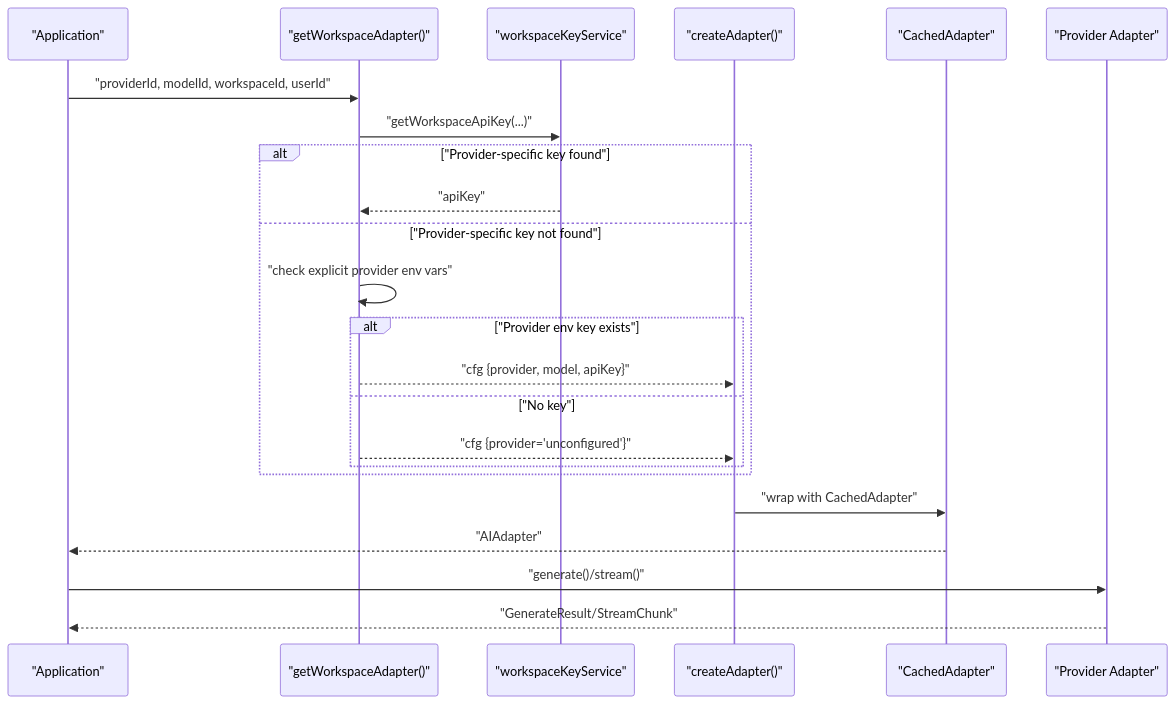
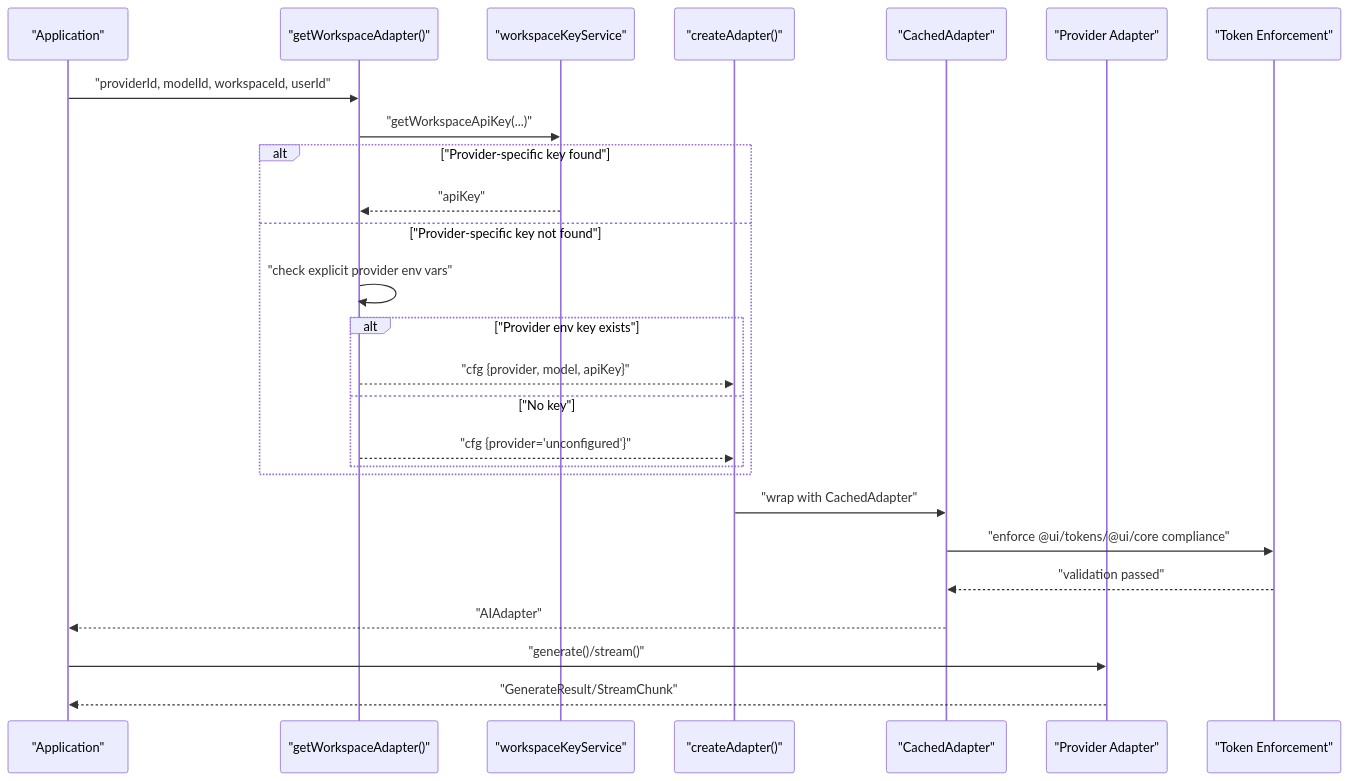
Before and after one commit to shekhargiri005-dotcom/AI-powered-accessibility-first-UI-engine: the second of 9 diagrams in .qoder/repowiki/en/content/Architecture & Design/Layered Architecture/Business Logic Layer/AI Provider Adapter System.md, drawn with Mermaid. The commit also changed other lines of this file and 24 other files, not shown here.

````diff
--- a/.qoder/repowiki/en/content/Architecture & Design/Layered Architecture/Business Logic Layer/AI Provider Adapter System.md
+++ b/.qoder/repowiki/en/content/Architecture & Design/Layered Architecture/Business Logic Layer/AI Provider Adapter System.md
@@ -136,25 +154,28 @@
 ```mermaid
 sequenceDiagram
 participant Caller as "Application"
 participant Factory as "getWorkspaceAdapter()"
 participant Resolver as "workspaceKeyService"
 participant Registry as "createAdapter()"
 participant Cache as "CachedAdapter"
 participant Provider as "Provider Adapter"
+participant TokenRules as "Token Enforcement"
 Caller->>Factory : "providerId, modelId, workspaceId, userId"
 Factory->>Resolver : "getWorkspaceApiKey(...)"
 alt "Provider-specific key found"
 Resolver-->>Factory : "apiKey"
 else "Provider-specific key not found"
 Factory->>Factory : "check explicit provider env vars"
 alt "Provider env key exists"
 Factory-->>Registry : "cfg {provider, model, apiKey}"
 else "No key"
 Factory-->>Registry : "cfg {provider='unconfigured'}"
 end
 end
 Registry->>Cache : "wrap with CachedAdapter"
+Cache->>TokenRules : "enforce @ui/tokens/@ui/core compliance"
+TokenRules-->>Cache : "validation passed"
 Cache-->>Caller : "AIAdapter"
 Caller->>Provider : "generate()/stream()"
 Provider-->>Caller : "GenerateResult/StreamChunk"
 ```
````
